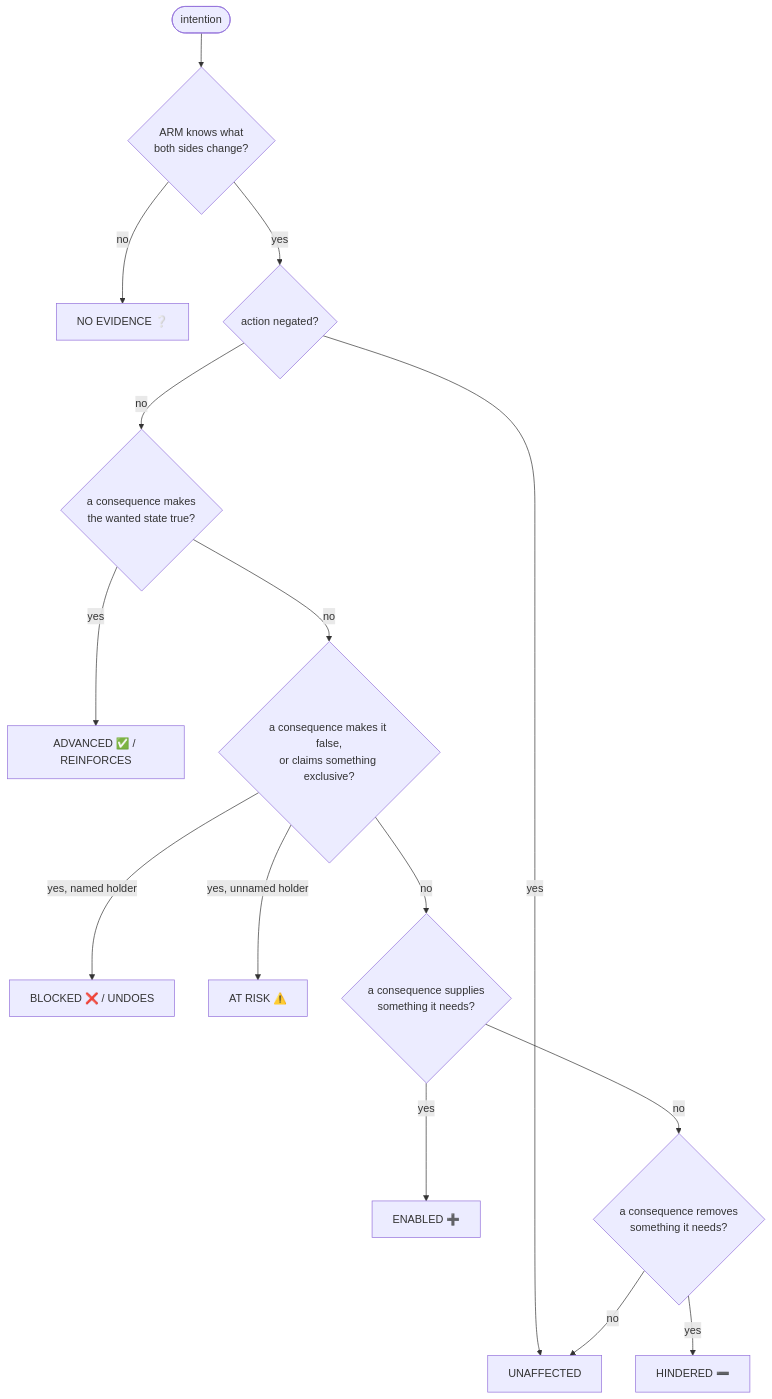
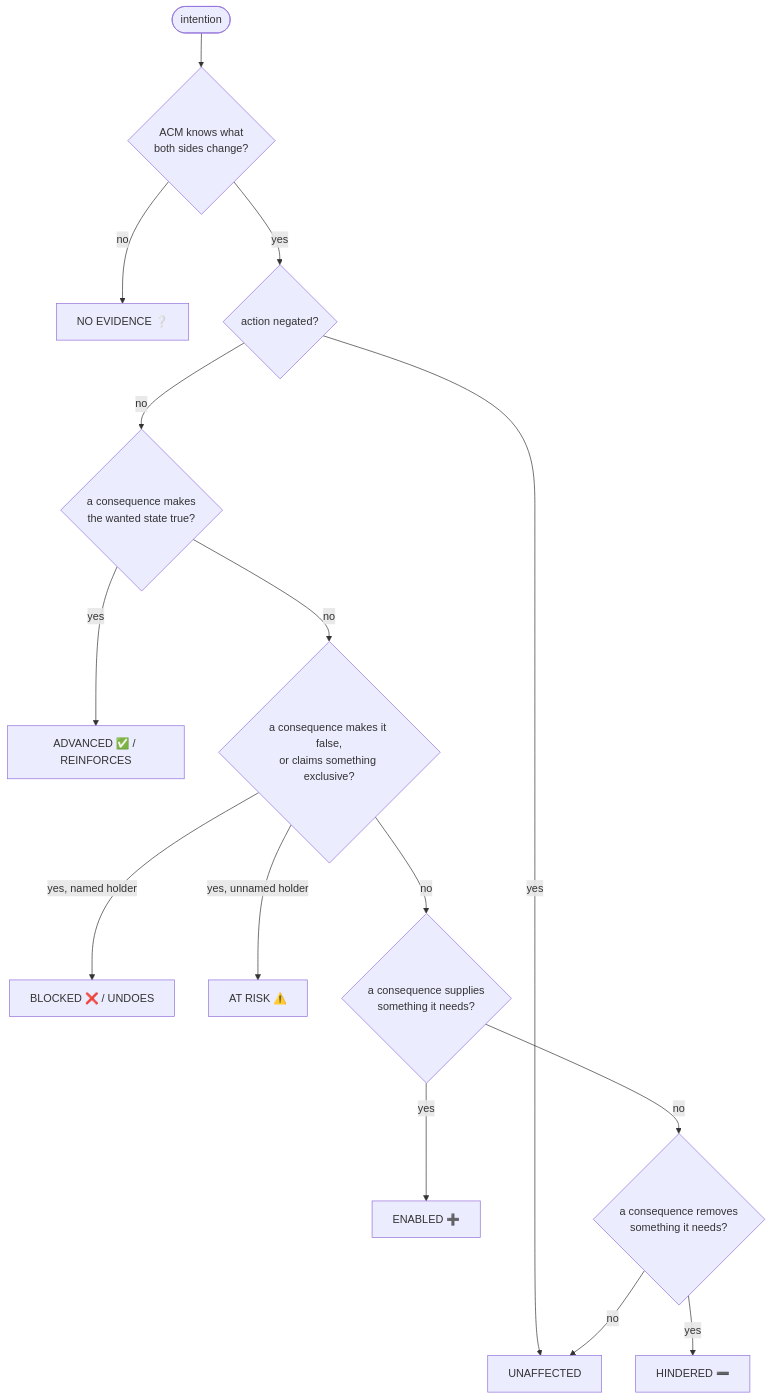
The ninth of 17 diagrams in README.md (Sherlock2019/ACM), drawn with Mermaid before and after one commit. The commit also changed other lines of this file and 27 other files, not shown here.

First line of the commit message:
ACM scene engine: a situation as a structured script, its consequences and next scenes

````diff
--- a/README.md
+++ b/README.md
@@ -552,17 +824,17 @@
 ```mermaid
 flowchart TD
-  START([intention]) --> K{ARM knows what<br/>both sides change?}
+  START([intention]) --> K{ACM knows what<br/>both sides change?}
   K -- no --> NE[NO EVIDENCE ❔]
   K -- yes --> N{action negated?}
   N -- yes --> UN[UNAFFECTED]
   N -- no --> A{a consequence makes<br/>the wanted state true?}
   A -- yes --> ADV[ADVANCED ✅ / REINFORCES]
   A -- no --> B{a consequence makes it false,<br/>or claims something exclusive?}
   B -- "yes, named holder" --> BLK[BLOCKED ❌ / UNDOES]
   B -- "yes, unnamed holder" --> RISK[AT RISK ⚠️]
   B -- no --> C{a consequence supplies<br/>something it needs?}
   C -- yes --> ENA[ENABLED ➕]
   C -- no --> D{a consequence removes<br/>something it needs?}
   D -- yes --> HIN[HINDERED ➖]
   D -- no --> UN
 ```
````
